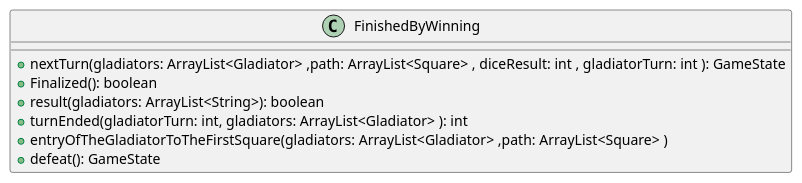
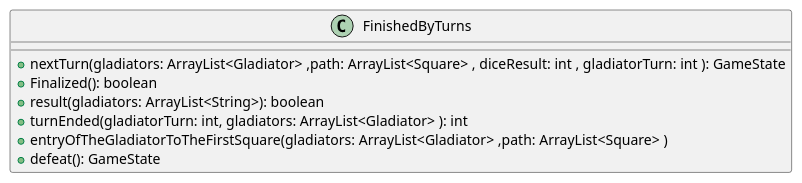
The diagram in diagrams/classes/game/FinishedByTurns.plantuml (PabloGCH/tp2-algo3), drawn with PlantUML before and after one commit. The commit also changed 15 other files, not shown here.

```diff
--- a/diagrams/classes/game/FinishedByTurns.plantuml
+++ b/diagrams/classes/game/FinishedByTurns.plantuml
@@ -1,10 +1,10 @@
 @startuml
-class FinishedByWinning {
+class FinishedByTurns {
     +nextTurn(gladiators: ArrayList<Gladiator> ,path: ArrayList<Square> , diceResult: int , gladiatorTurn: int ): GameState
     +Finalized(): boolean
     +result(gladiators: ArrayList<String>): boolean
     +turnEnded(gladiatorTurn: int, gladiators: ArrayList<Gladiator> ): int
     +entryOfTheGladiatorToTheFirstSquare(gladiators: ArrayList<Gladiator> ,path: ArrayList<Square> )
     +defeat(): GameState
 }
 @enduml
```
